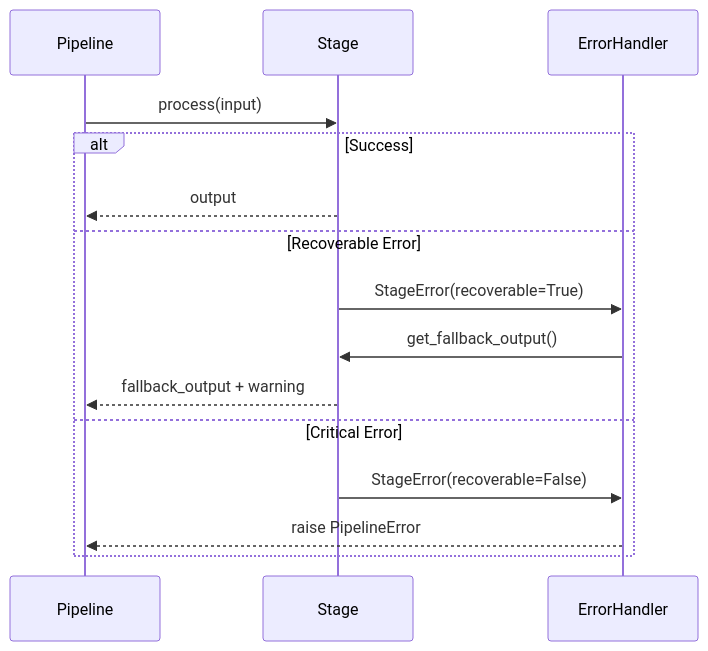
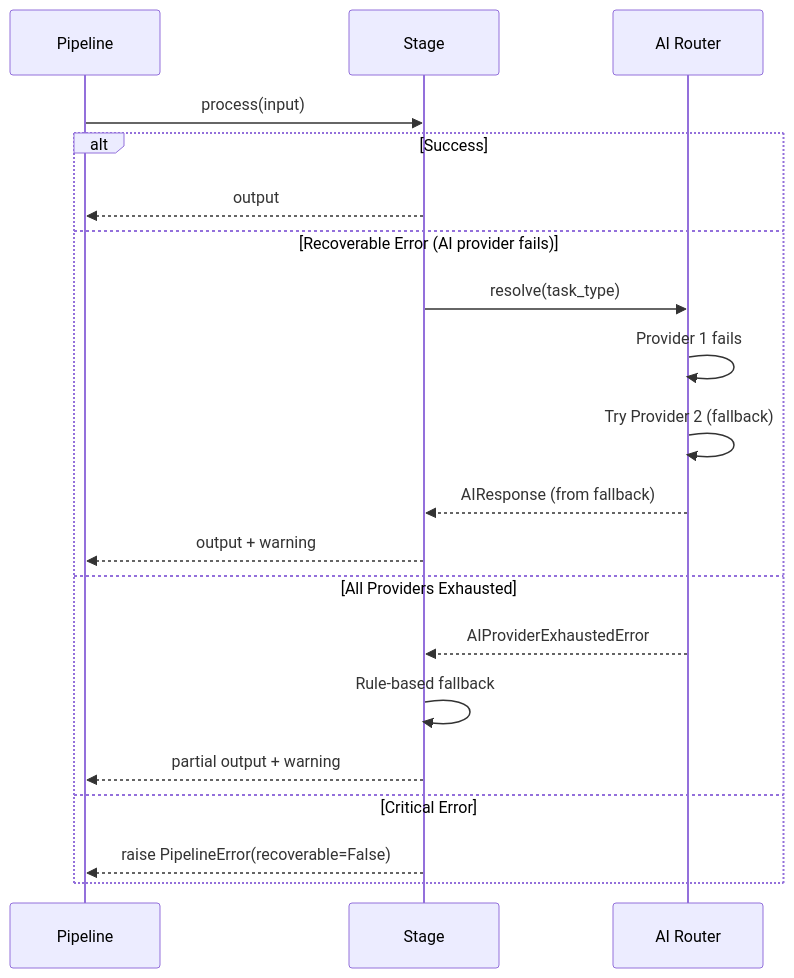
The third of 4 diagrams in docs/architecture/SYSTEM_OVERVIEW.md (thatlq1812/chart_analysis_ai_v3), drawn with Mermaid before and after one commit. The commit also changed other lines of this file and 20 other files, not shown here.

````diff
--- a/docs/architecture/SYSTEM_OVERVIEW.md
+++ b/docs/architecture/SYSTEM_OVERVIEW.md
@@ -222,19 +296,24 @@
 ```mermaid
 sequenceDiagram
     participant Pipeline
     participant Stage
-    participant ErrorHandler
-    
+    participant Router as AI Router
+
     Pipeline->>Stage: process(input)
-    
+
     alt Success
         Stage-->>Pipeline: output
-    else Recoverable Error
-        Stage->>ErrorHandler: StageError(recoverable=True)
-        ErrorHandler->>Stage: get_fallback_output()
-        Stage-->>Pipeline: fallback_output + warning
+    else Recoverable Error (AI provider fails)
+        Stage->>Router: resolve(task_type)
+        Router->>Router: Provider 1 fails
+        Router->>Router: Try Provider 2 (fallback)
+        Router-->>Stage: AIResponse (from fallback)
+        Stage-->>Pipeline: output + warning
+    else All Providers Exhausted
+        Router-->>Stage: AIProviderExhaustedError
+        Stage->>Stage: Rule-based fallback
+        Stage-->>Pipeline: partial output + warning
     else Critical Error
-        Stage->>ErrorHandler: StageError(recoverable=False)
-        ErrorHandler-->>Pipeline: raise PipelineError
+        Stage-->>Pipeline: raise PipelineError(recoverable=False)
     end
 ```
````
